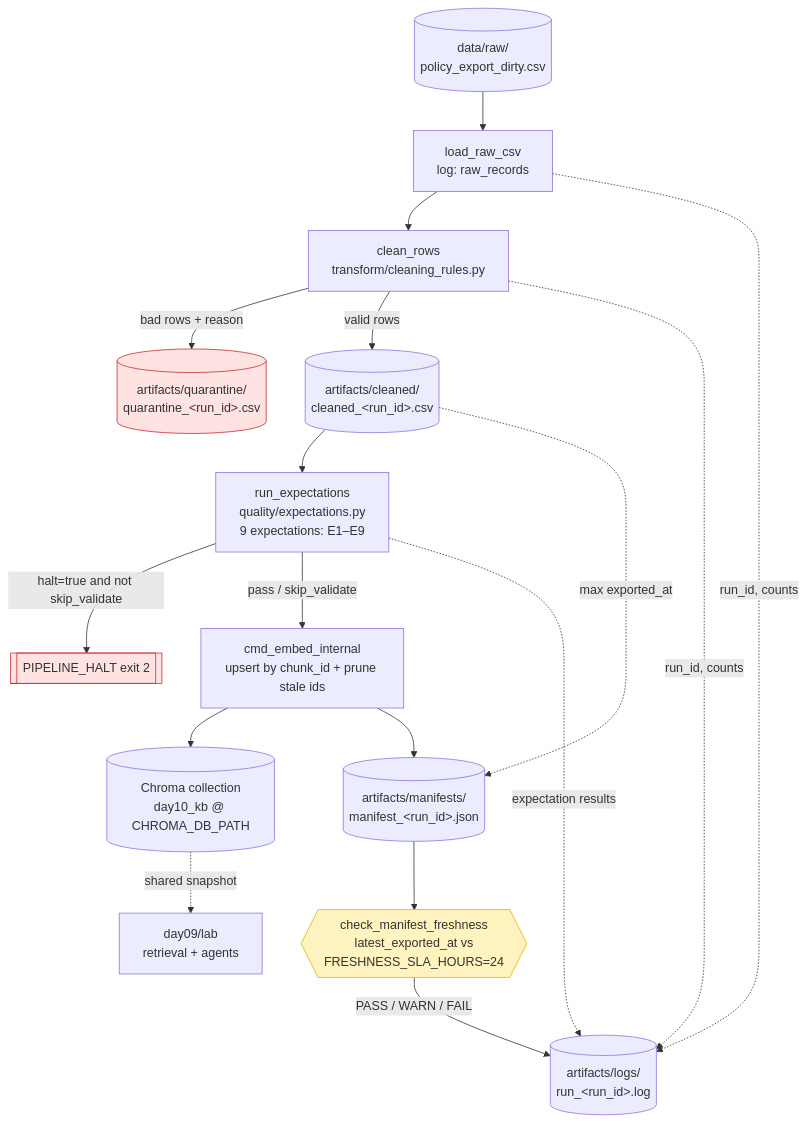
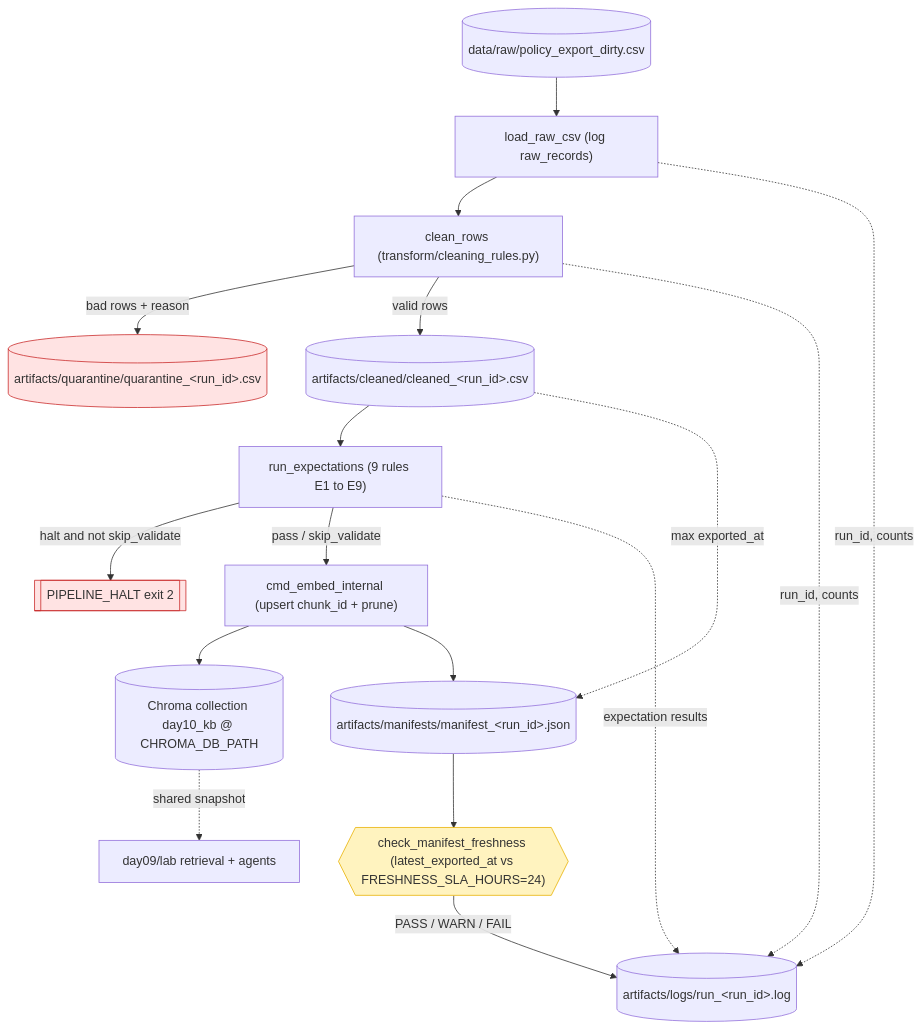
Before and after one commit to tnhoang462/Day10_C401_E4: the diagram in day10/lab/docs/pipeline_architecture.md, drawn with Mermaid. The commit also changed other lines of this file, not shown here.

````diff
--- a/day10/lab/docs/pipeline_architecture.md
+++ b/day10/lab/docs/pipeline_architecture.md
@@ -10,24 +10,24 @@
 ```mermaid
 flowchart TD
-    RAW[("data/raw/<br/>policy_export_dirty.csv")] --> LOAD[load_raw_csv<br/>log: raw_records]
-    LOAD --> CLEAN[clean_rows<br/>transform/cleaning_rules.py]
-    CLEAN -->|bad rows + reason| QUAR[("artifacts/quarantine/<br/>quarantine_&lt;run_id&gt;.csv")]
-    CLEAN -->|valid rows| CLEANED[("artifacts/cleaned/<br/>cleaned_&lt;run_id&gt;.csv")]
-    CLEANED --> VAL[run_expectations<br/>quality/expectations.py<br/>9 expectations: E1–E9]
-    VAL -->|halt=true and not skip_validate| HALT[[PIPELINE_HALT exit 2]]
-    VAL -->|pass / skip_validate| EMBED[cmd_embed_internal<br/>upsert by chunk_id + prune stale ids]
-    EMBED --> CHROMA[(Chroma collection<br/>day10_kb @ CHROMA_DB_PATH)]
-    CLEANED -. max exported_at .-> MAN[("artifacts/manifests/<br/>manifest_&lt;run_id&gt;.json")]
+    RAW[("data/raw/policy_export_dirty.csv")] --> LOAD["load_raw_csv (log raw_records)"]
+    LOAD --> CLEAN["clean_rows (transform/cleaning_rules.py)"]
+    CLEAN -->|bad rows + reason| QUAR[("artifacts/quarantine/quarantine_&lt;run_id&gt;.csv")]
+    CLEAN -->|valid rows| CLEANED[("artifacts/cleaned/cleaned_&lt;run_id&gt;.csv")]
+    CLEANED --> VAL["run_expectations (9 rules E1 to E9)"]
+    VAL -->|halt and not skip_validate| HALT[[PIPELINE_HALT exit 2]]
+    VAL -->|pass / skip_validate| EMBED["cmd_embed_internal (upsert chunk_id + prune)"]
+    EMBED --> CHROMA[("Chroma collection day10_kb @ CHROMA_DB_PATH")]
+    CLEANED -. max exported_at .-> MAN[("artifacts/manifests/manifest_&lt;run_id&gt;.json")]
     EMBED --> MAN
-    LOAD -. run_id, counts .-> LOG[("artifacts/logs/<br/>run_&lt;run_id&gt;.log")]
+    LOAD -. run_id, counts .-> LOG[("artifacts/logs/run_&lt;run_id&gt;.log")]
     CLEAN -. run_id, counts .-> LOG
     VAL -. expectation results .-> LOG
-    MAN --> FRESH{{"check_manifest_freshness<br/>latest_exported_at vs<br/>FRESHNESS_SLA_HOURS=24"}}
+    MAN --> FRESH{{"check_manifest_freshness (latest_exported_at vs FRESHNESS_SLA_HOURS=24)"}}
     FRESH -->|PASS / WARN / FAIL| LOG
-    CHROMA -. shared snapshot .-> DAY09[day09/lab<br/>retrieval + agents]
+    CHROMA -. shared snapshot .-> DAY09["day09/lab retrieval + agents"]
 
     classDef probe fill:#fff3bf,stroke:#e8b100;
     classDef quar fill:#ffe3e3,stroke:#c92a2a;
     class FRESH probe;
     class QUAR,HALT quar;
 ```
````
